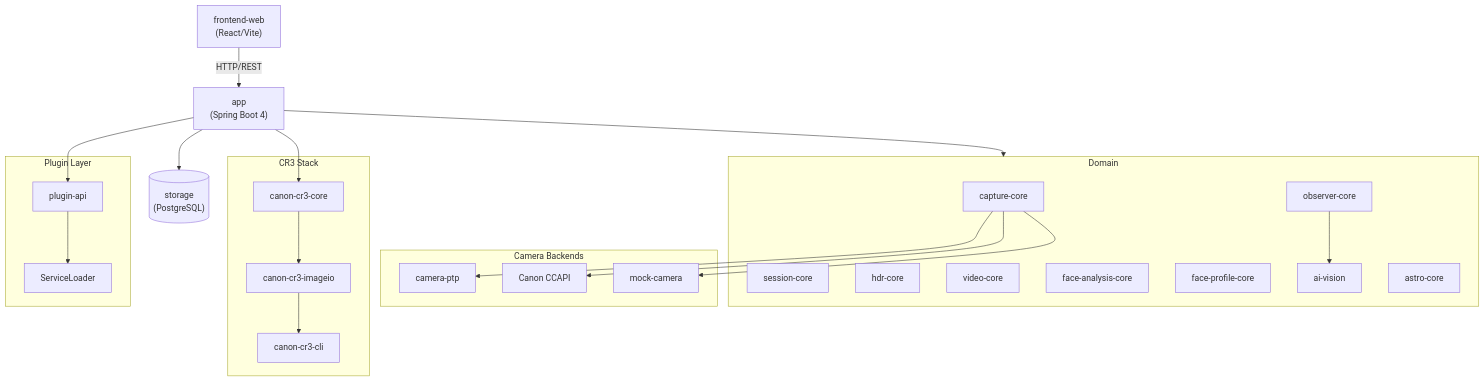
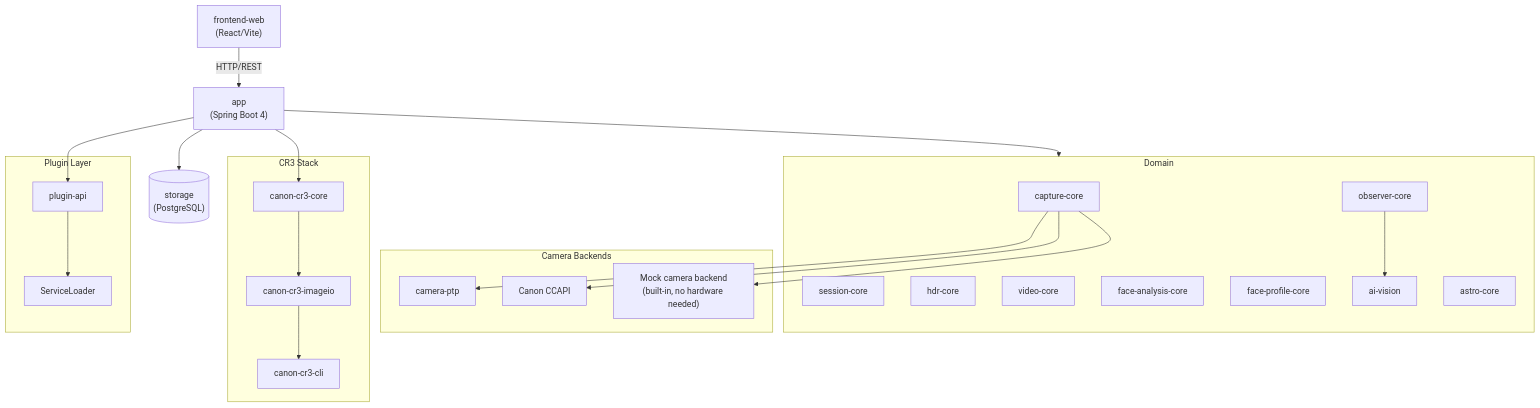
Before and after one commit to carstenartur/Photographer: the diagram in README.md, drawn with Mermaid. The commit also changed other lines of this file and 1 other file, not shown here.

First line of the commit message:
Address review feedback: fix config table, align defaults, fix diagram node, fix -pl alignment, document BuildKit requirement

````diff
--- a/README.md
+++ b/README.md
@@ -42,48 +42,48 @@
 ```mermaid
 graph TD
     FE["frontend-web<br/>(React/Vite)"]
     APP["app<br/>(Spring Boot 4)"]
     DB[("storage<br/>(PostgreSQL)")]
 
     subgraph Domain
         CAP["capture-core"]
         SES["session-core"]
         HDR["hdr-core"]
         VID["video-core"]
         FACE["face-analysis-core"]
         FP["face-profile-core"]
         OBS["observer-core"]
         AI["ai-vision"]
         ASTRO["astro-core"]
     end
 
     subgraph Camera Backends
         PTP["camera-ptp"]
         CCAPI["Canon CCAPI"]
-        MOCK["mock-camera"]
+        MOCK["Mock camera backend<br/>(built-in, no hardware needed)"]
     end
 
     subgraph CR3 Stack
         CR3C["canon-cr3-core"]
         CR3I["canon-cr3-imageio"]
         CR3CLI["canon-cr3-cli"]
     end
 
     subgraph Plugin Layer
         PAPI["plugin-api"]
         SL["ServiceLoader"]
     end
 
     FE -->|HTTP/REST| APP
     APP --> Domain
     APP --> DB
     APP --> CR3C
     APP --> PAPI
     PAPI --> SL
     CAP --> PTP
     CAP --> CCAPI
     CAP --> MOCK
     CR3C --> CR3I
     CR3I --> CR3CLI
     OBS --> AI
 ```
````
